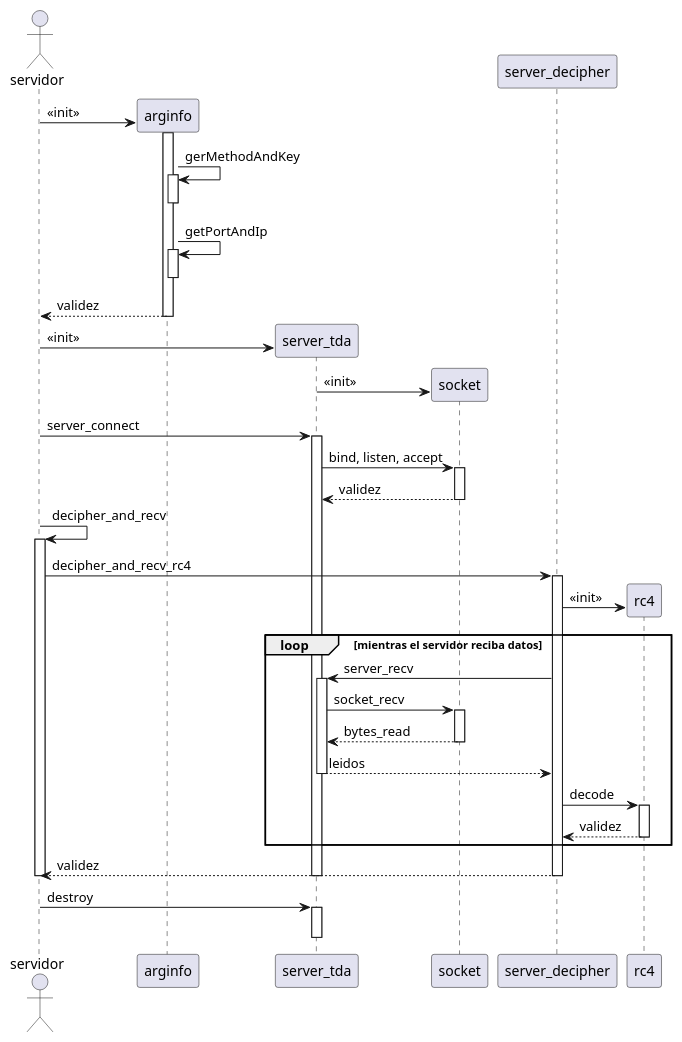
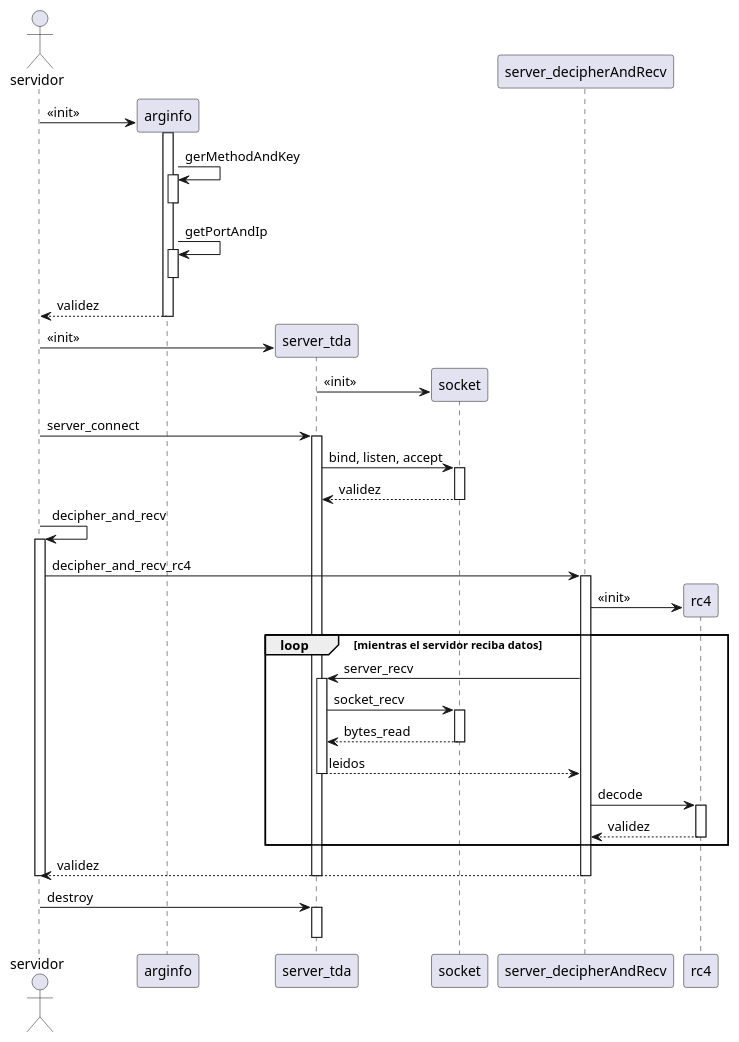
One commit to Jonathan-R0/TP1-9508 changed the diagram in diags/serverseq.plantuml. Above: the diagram before and after it, drawn with PlantUML. The commit also changed 14 other files, not shown here.

```diff
--- a/diags/serverseq.plantuml
+++ b/diags/serverseq.plantuml
@@ -1,39 +1,39 @@
 @startuml
 autoactivate on
 
 actor servidor
 servidor -> arginfo** : <<init>>
 activate arginfo
 arginfo -> arginfo : gerMethodAndKey
 deactivate arginfo
 arginfo -> arginfo: getPortAndIp
 deactivate arginfo
 return validez
 
 servidor -> server_tda**: <<init>>
 server_tda -> socket**: <<init>>
 servidor -> server_tda: server_connect
 
 server_tda -> socket: bind, listen, accept
 return validez
 
 servidor -> servidor: decipher_and_recv
-servidor -> server_decipher: decipher_and_recv_rc4
-server_decipher -> rc4**: <<init>>
+servidor -> server_decipherAndRecv: decipher_and_recv_rc4
+server_decipherAndRecv -> rc4**: <<init>>
 
 loop mientras el servidor reciba datos
-  server_decipher -> server_tda: server_recv
+  server_decipherAndRecv -> server_tda: server_recv
   server_tda -> socket: socket_recv
   return bytes_read
   return leidos
-  server_decipher -> rc4: decode
+  server_decipherAndRecv -> rc4: decode
   return validez
 end
 return validez
 
 
 deactivate servidor
 deactivate server_tda
 servidor -> server_tda: destroy
 deactivate server_tda
 @enduml
```
